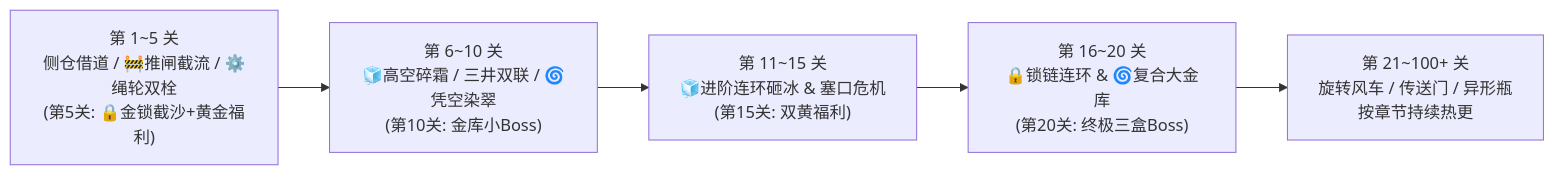
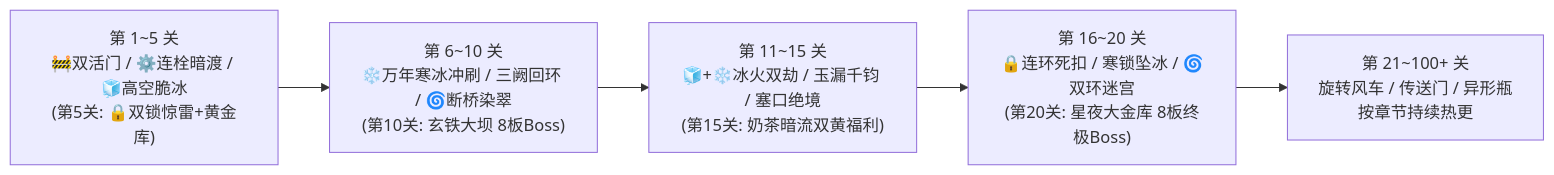
Before and after one commit to 948049716/sha-li-tao-da-hong: the diagram in docs/关卡设计文档_沙里淘大红.md, drawn with Mermaid. The commit also changed other lines of this file and 34 other files, not shown here.

````diff
--- a/docs/关卡设计文档_沙里淘大红.md
+++ b/docs/关卡设计文档_沙里淘大红.md
@@ -10,7 +10,7 @@
 ```mermaid
 flowchart LR
-    S1["第 1~5 关\n侧仓借道 / 🚧推闸截流 / ⚙️绳轮双栓\n(第5关: 🔒金锁截沙+黄金福利)"] --> S2["第 6~10 关\n🧊高空碎霜 / 三井双联 / 🌀凭空染翠\n(第10关: 金库小Boss)"]
-    S2 --> S3["第 11~15 关\n🧊进阶连环砸冰 & 塞口危机\n(第15关: 双黄福利)"]
-    S3 --> S4["第 16~20 关\n🔒锁链连环 & 🌀复合大金库\n(第20关: 终极三盒Boss)"]
+    S1["第 1~5 关\n🚧双活门 / ⚙️连栓暗渡 / 🧊高空脆冰\n(第5关: 🔒双锁惊雷+黄金库)"] --> S2["第 6~10 关\n❄️万年寒冰冲刷 / 三阙回环 / 🌀断桥染翠\n(第10关: 玄铁大坝 8板Boss)"]
+    S2 --> S3["第 11~15 关\n🧊+❄️冰火双劫 / 玉漏千钧 / 塞口绝境\n(第15关: 奶茶暗流双黄福利)"]
+    S3 --> S4["第 16~20 关\n🔒连环死扣 / 寒锁坠冰 / 🌀双环迷宫\n(第20关: 星夜大金库 8板终极Boss)"]
     S4 --> S5["第 21~100+ 关\n旋转风车 / 传送门 / 异形瓶\n按章节持续热更"]
 ```
````
